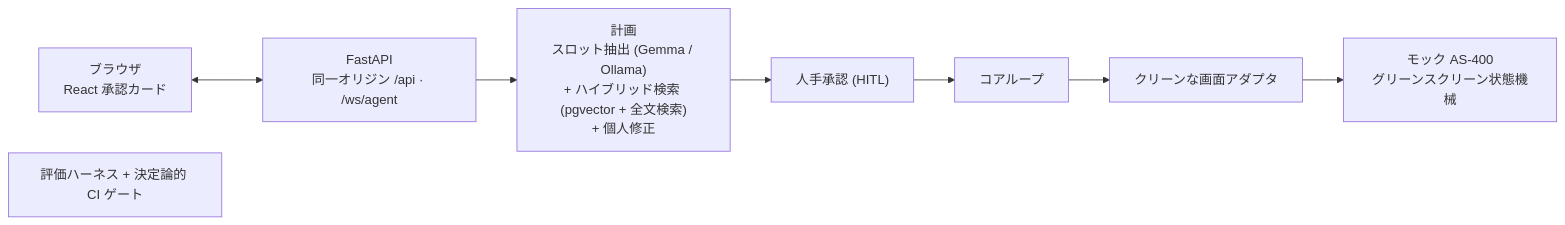
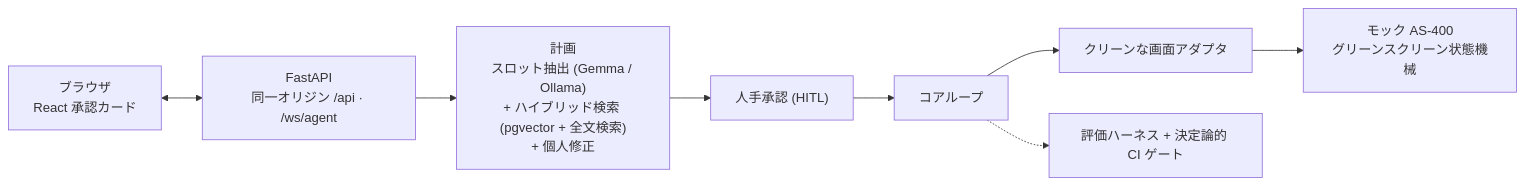
Before and after one commit to seunghwan-dev/tanomude: the diagram in README.ja.md, drawn with Mermaid. The commit also changed other lines of this file and 2 other files, not shown here.

````diff
--- a/README.ja.md
+++ b/README.ja.md
@@ -22,10 +22,11 @@
 ```mermaid
 flowchart LR
   B["ブラウザ<br/>React 承認カード"] <--> API["FastAPI<br/>同一オリジン /api · /ws/agent"]
   API --> P["計画<br/>スロット抽出 (Gemma / Ollama)<br/>+ ハイブリッド検索 (pgvector + 全文検索)<br/>+ 個人修正"]
   P --> H["人手承認 (HITL)"]
   H --> C["コアループ"]
   C --> AD["クリーンな画面アダプタ"]
   AD --> M["モック AS-400<br/>グリーンスクリーン状態機械"]
   EV["評価ハーネス + 決定論的 CI ゲート"]
+  C -.-> EV
 ```
````
